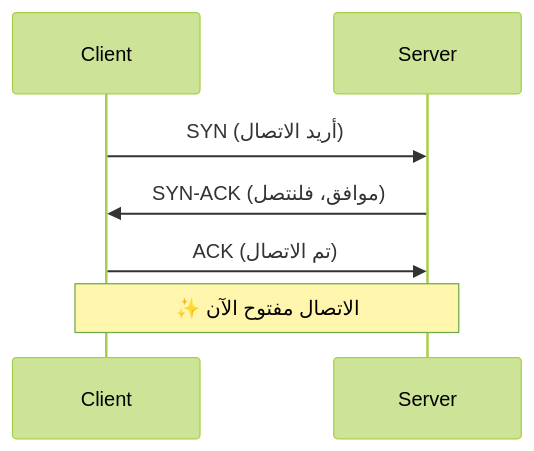
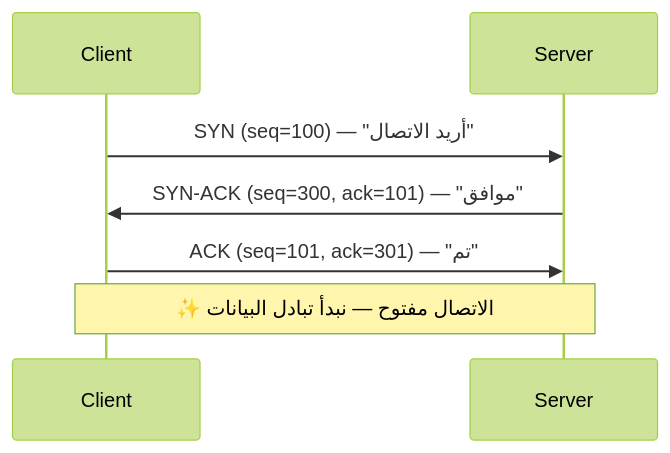
The second of 2 diagrams in docs/lessons/03-networking/01-networking-fundamentals.md (apexdataro-Fin/AEP), drawn with Mermaid (forest theme) before and after one commit. The commit also changed other lines of this file and 7 other files, not shown here.

````diff
--- a/docs/lessons/03-networking/01-networking-fundamentals.md
+++ b/docs/lessons/03-networking/01-networking-fundamentals.md
@@ -53,7 +90,7 @@
 ```mermaid
 sequenceDiagram
-    Client->>Server: SYN (أريد الاتصال)
-    Server->>Client: SYN-ACK (موافق، فلنتصل)
-    Client->>Server: ACK (تم الاتصال)
-    Note over Client,Server: ✨ الاتصال مفتوح الآن
+    Client->>Server: SYN (seq=100) — "أريد الاتصال"
+    Server->>Client: SYN-ACK (seq=300, ack=101) — "موافق"
+    Client->>Server: ACK (seq=101, ack=301) — "تم"
+    Note over Client,Server: ✨ الاتصال مفتوح — نبدأ تبادل البيانات
 ```
````
